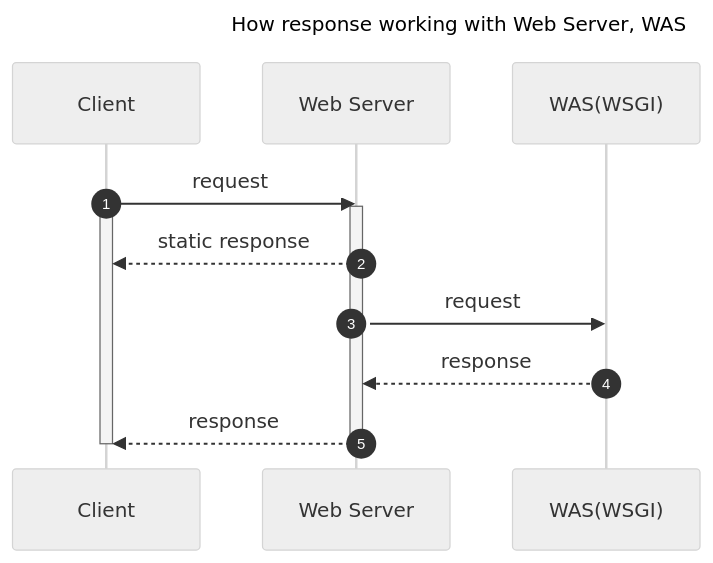
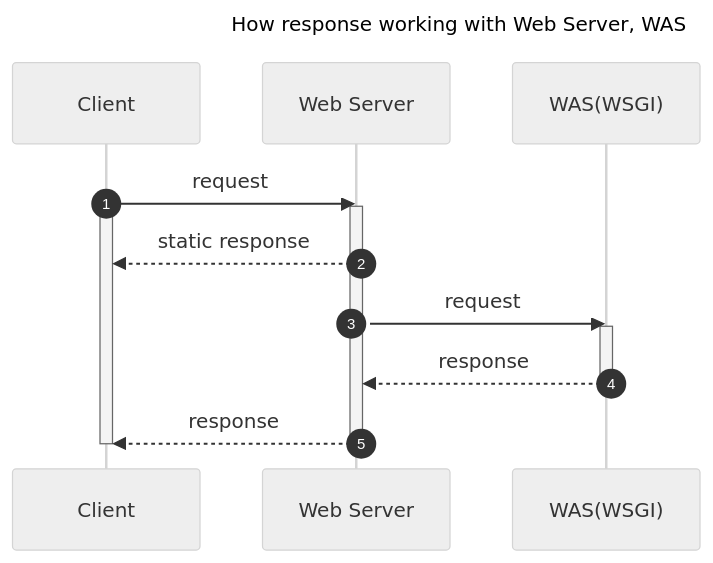
Before and after one commit to djccnt15/djccnt15.github.io: the seventh of 7 diagrams in docs/blog/posts/2024-07-25-web_client_server.md, drawn with Mermaid. The commit also changed other lines of this file and 2 other files, not shown here.

Commit message:
fix mermaid diagrams

````diff
--- a/docs/blog/posts/2024-07-25-web_client_server.md
+++ b/docs/blog/posts/2024-07-25-web_client_server.md
@@ -207,18 +219,20 @@
 ```mermaid
 ---
 title: How response working with Web Server, WAS
 config:
     theme: 'neutral'
 ---
 sequenceDiagram
     autonumber
     Client ->> Web Server : request
     activate Client
     activate Web Server
     Web Server -->> Client : static response
     Web Server ->> WAS(WSGI) : request
+    activate WAS(WSGI)
     WAS(WSGI) -->> Web Server : response
+    deactivate WAS(WSGI)
     Web Server -->> Client : response
     deactivate Web Server
     deactivate Client
 ```
````
